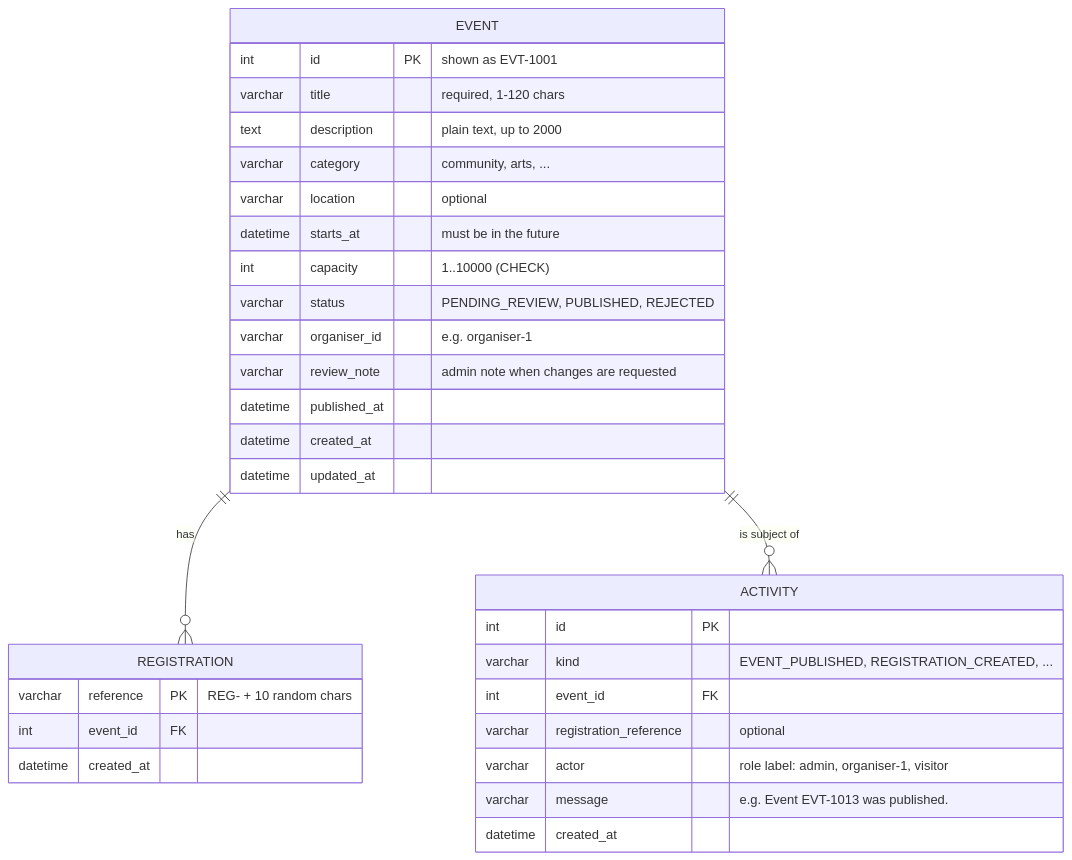
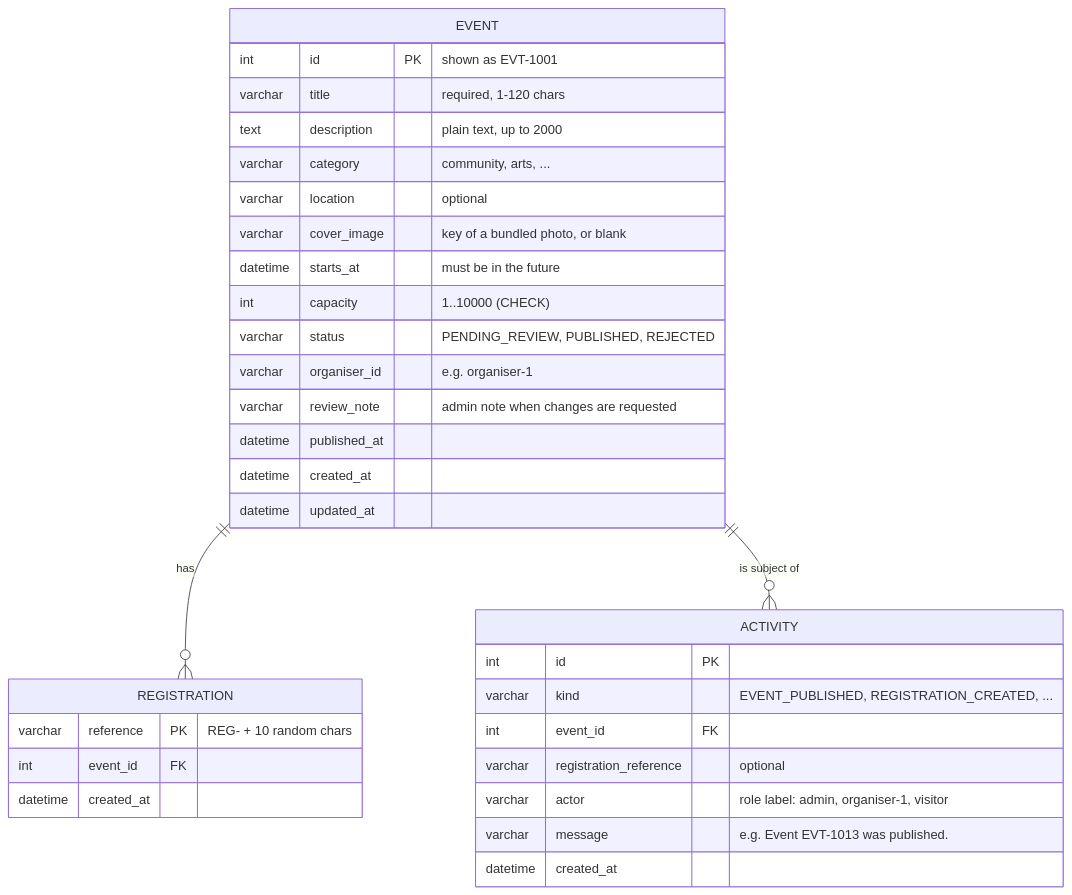
One commit to vysanchellan/for_kairos changed the second of 2 diagrams in README.md. Above: the diagram before and after it, drawn with Mermaid. The commit also changed other lines of this file and 60 other files, not shown here.

````diff
--- a/README.md
+++ b/README.md
@@ -203,34 +205,35 @@
 ```mermaid
 erDiagram
     EVENT ||--o{ REGISTRATION : "has"
     EVENT ||--o{ ACTIVITY : "is subject of"
     EVENT {
         int id PK "shown as EVT-1001"
         varchar title "required, 1-120 chars"
         text description "plain text, up to 2000"
         varchar category "community, arts, ..."
         varchar location "optional"
+        varchar cover_image "key of a bundled photo, or blank"
         datetime starts_at "must be in the future"
         int capacity "1..10000 (CHECK)"
         varchar status "PENDING_REVIEW, PUBLISHED, REJECTED"
         varchar organiser_id "e.g. organiser-1"
         varchar review_note "admin note when changes are requested"
         datetime published_at
         datetime created_at
         datetime updated_at
     }
     REGISTRATION {
         varchar reference PK "REG- + 10 random chars"
         int event_id FK
         datetime created_at
     }
     ACTIVITY {
         int id PK
         varchar kind "EVENT_PUBLISHED, REGISTRATION_CREATED, ..."
         int event_id FK
         varchar registration_reference "optional"
         varchar actor "role label: admin, organiser-1, visitor"
         varchar message "e.g. Event EVT-1013 was published."
         datetime created_at
     }
 ```
````
